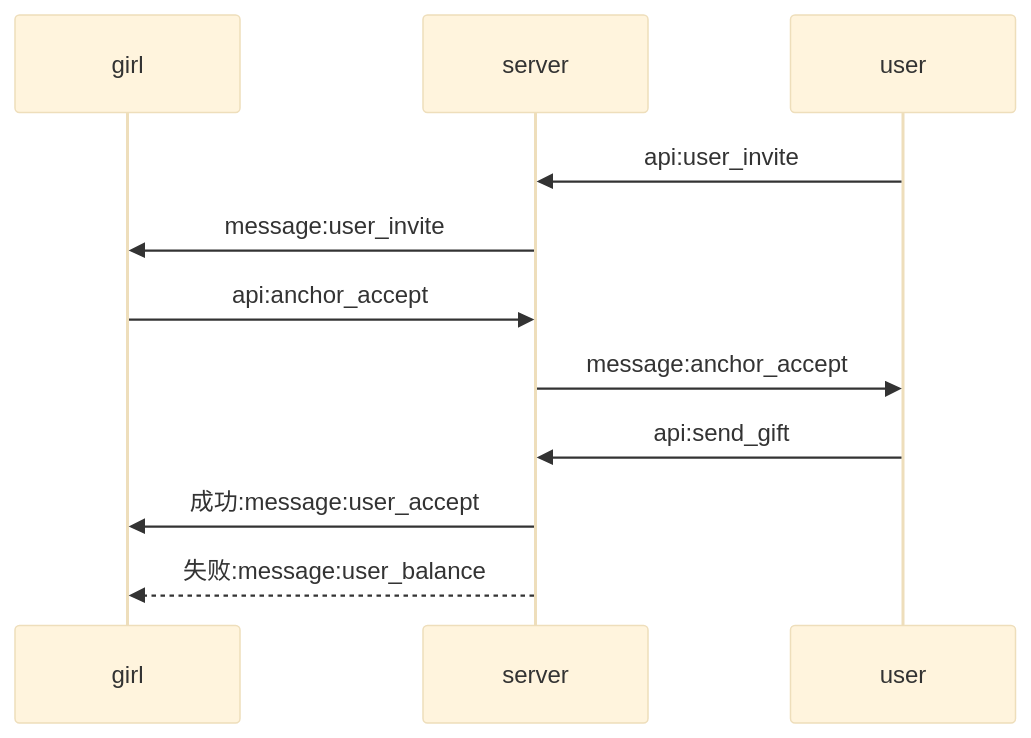
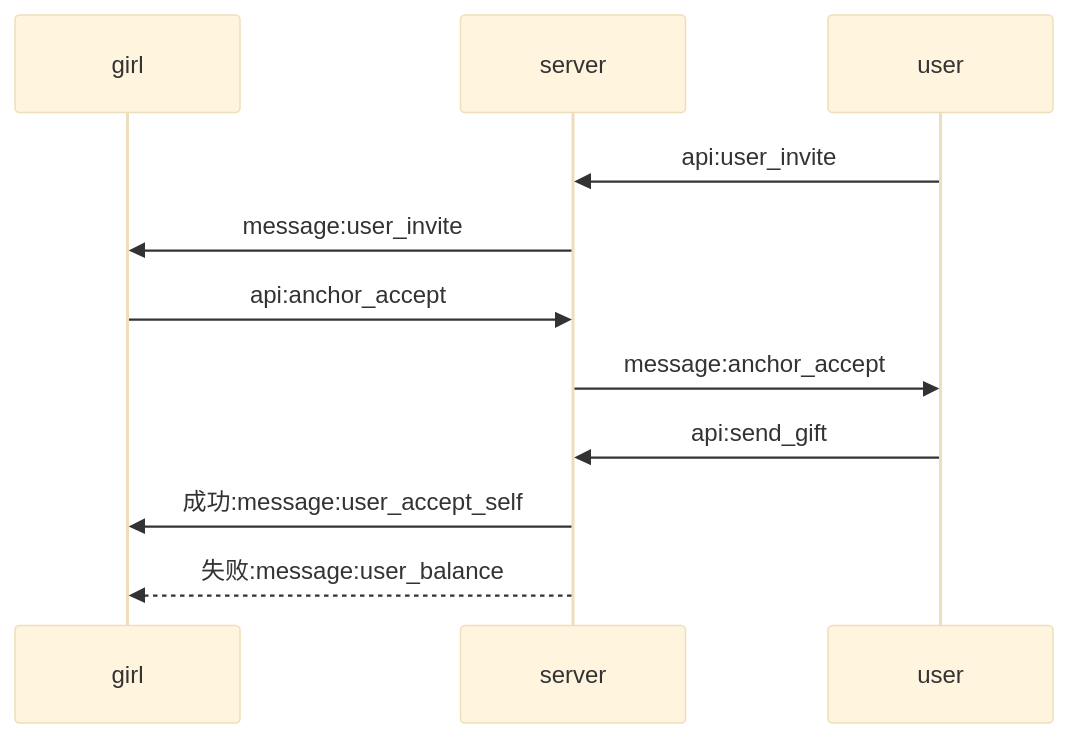
Before and after one commit to kjying/apidoc: the third of 4 diagrams in show/README.md, drawn with Mermaid (base theme). The commit also changed other lines of this file, not shown here.

Commit message:
user_accept_self

````diff
--- a/show/README.md
+++ b/show/README.md
@@ -89,13 +90,13 @@
 ```mermaid
 sequenceDiagram
     participant girl
     participant server
     participant user
     user->>server: api:user_invite
     server->>girl: message:user_invite
     girl->>server: api:anchor_accept
     server->>user: message:anchor_accept
     user->>server: api:send_gift
-    server->>girl: 成功:message:user_accept
+    server->>girl: 成功:message:user_accept_self
     server-->>girl: 失败:message:user_balance
 ```
````
